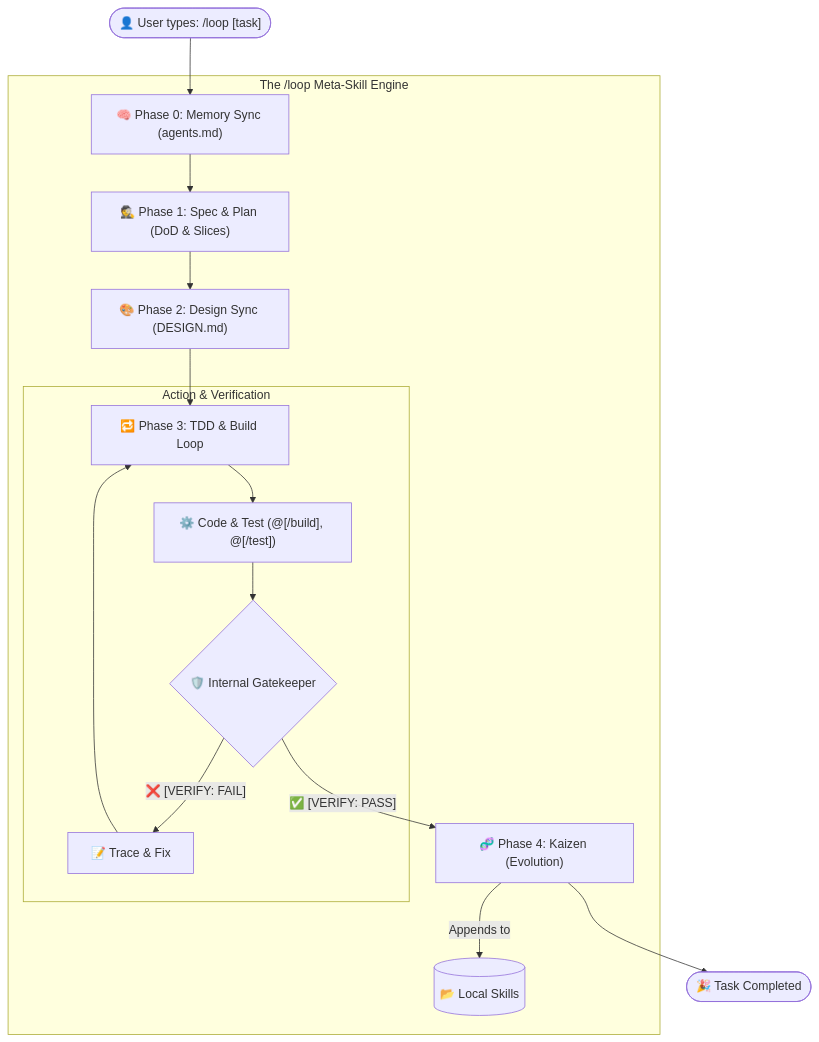
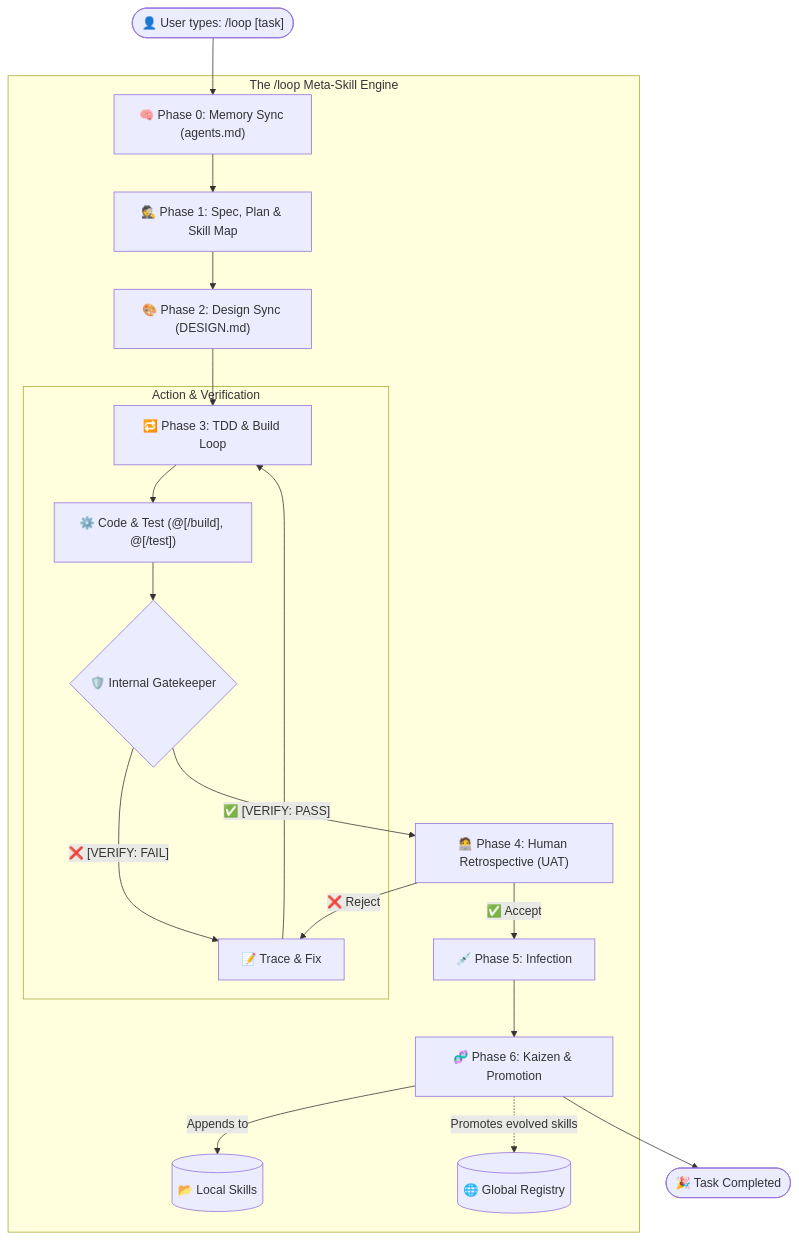
The diagram in README.md (alimzhankhalelov/awesome-evolving-skills), drawn with Mermaid before and after one commit. The commit also changed other lines of this file and 1 other file, not shown here.

Commit message:
feat(loop): Add UAT, skill mapping, and global promotion phases

````diff
--- a/README.md
+++ b/README.md
@@ -100,22 +102,26 @@
 ```mermaid
 graph TD
     User(["👤 User types: /loop [task]"]) --> P0
     
     subgraph Engine [The /loop Meta-Skill Engine]
         P0["🧠 Phase 0: Memory Sync (agents.md)"] --> P1
-        P1["🕵️ Phase 1: Spec & Plan (DoD & Slices)"] --> P2
+        P1["🕵️ Phase 1: Spec, Plan & Skill Map"] --> P2
         P2["🎨 Phase 2: Design Sync (DESIGN.md)"] --> P3["🔁 Phase 3: TDD & Build Loop"]
         
         subgraph ExecLoop [Action & Verification]
             P3 --> Act["⚙️ Code & Test (@[/build], @[/test])"]
             Act --> Gatekeeper{"🛡️ Internal Gatekeeper"}
             Gatekeeper -- "❌ [VERIFY: FAIL]" --> Trace["📝 Trace & Fix"]
             Trace --> P3
         end
         
-        Gatekeeper -- "✅ [VERIFY: PASS]" --> P4["🧬 Phase 4: Kaizen (Evolution)"]
-        P4 -- "Appends to <lessons_learned>" --> Skills[("📂 Local Skills")]
+        Gatekeeper -- "✅ [VERIFY: PASS]" --> P4["🧑‍💻 Phase 4: Human Retrospective (UAT)"]
+        P4 -- "❌ Reject" --> Trace
+        P4 -- "✅ Accept" --> P5["💉 Phase 5: Infection"]
+        P5 --> P6["🧬 Phase 6: Kaizen & Promotion"]
+        P6 -- "Appends to <lessons_learned>" --> Skills[("📂 Local Skills")]
+        P6 -. "Promotes evolved skills" .-> Global[("🌐 Global Registry")]
     end
     
-    P4 --> Done(["🎉 Task Completed"])
+    P6 --> Done(["🎉 Task Completed"])
 ```
````
